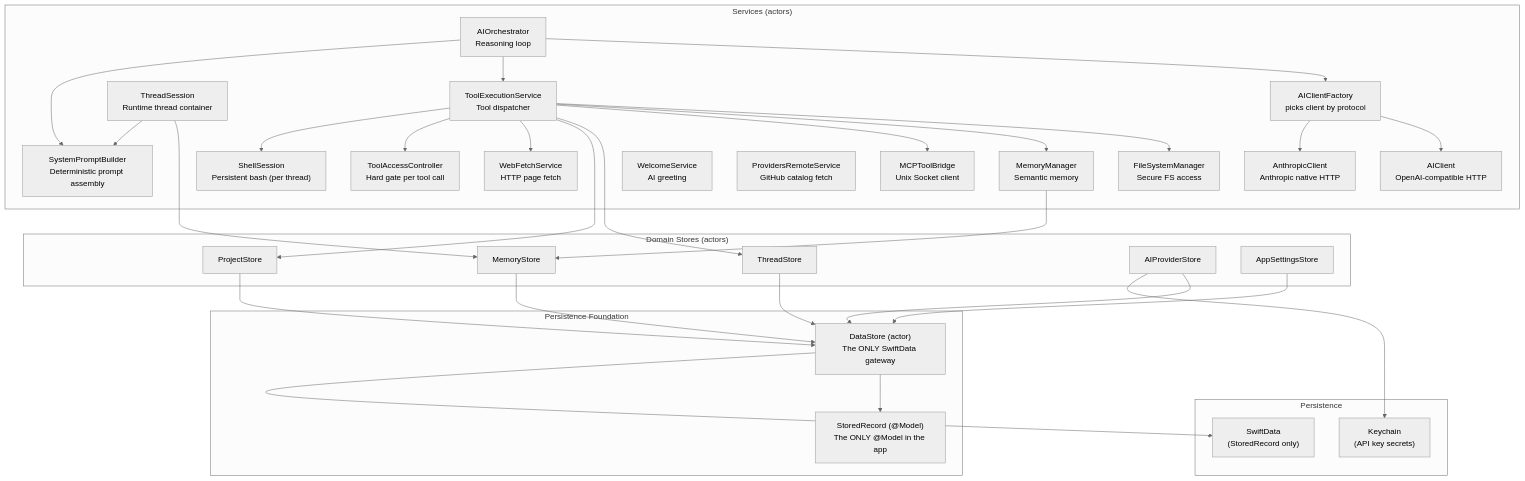
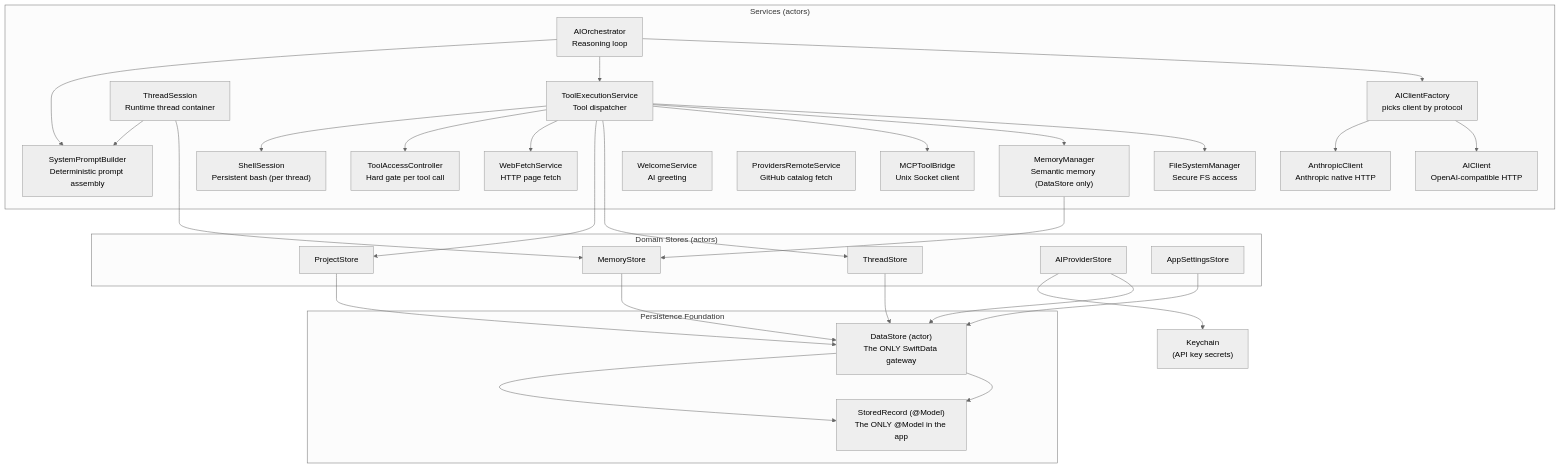
Before and after one commit to iOSIvanovS/chappieai: the diagram in ChappieCore/architecture.md, drawn with Mermaid (neutral theme). The commit also changed other lines of this file and 6 other files, not shown here.

Commit message:
T-06: actualize all architecture files

````diff
--- a/ChappieCore/architecture.md
+++ b/ChappieCore/architecture.md
@@ -146,65 +149,60 @@
 ```mermaid
 graph TD
     subgraph Foundation["Persistence Foundation"]
         DS["DataStore (actor)\nThe ONLY SwiftData gateway"]
         SR["StoredRecord (@Model)\nThe ONLY @Model in the app"]
         DS --> SR
     end
 
     subgraph Stores["Domain Stores (actors)"]
         TS["ThreadStore"]
         PS["ProjectStore"]
         MS["MemoryStore"]
         APS["AIProviderStore"]
         ASS["AppSettingsStore"]
     end
 
     TS --> DS
     PS --> DS
     MS --> DS
     APS --> DS
     ASS --> DS
 
     subgraph Services["Services (actors)"]
         Orch["AIOrchestrator\nReasoning loop"]
         TES["ToolExecutionService\nTool dispatcher"]
         SPB["SystemPromptBuilder\nDeterministic prompt assembly"]
         TAC["ToolAccessController\nHard gate per tool call"]
         TSess["ThreadSession\nRuntime thread container"]
-        MemM["MemoryManager\nSemantic memory"]
+        MemM["MemoryManager\nSemantic memory (DataStore only)"]
         FSM["FileSystemManager\nSecure FS access"]
         SSH["ShellSession\nPersistent bash (per thread)"]
         MCP["MCPToolBridge\nUnix Socket client"]
         WFS["WebFetchService\nHTTP page fetch"]
         WS["WelcomeService\nAI greeting"]
         PRS["ProvidersRemoteService\nGitHub catalog fetch"]
         AICF["AIClientFactory\npicks client by protocol"]
         AIC["AIClient\nOpenAI-compatible HTTP"]
         AnthC["AnthropicClient\nAnthropic native HTTP"]
     end
 
-    subgraph Storage["Persistence"]
-        SD["SwiftData\n(StoredRecord only)"]
-        KC["Keychain\n(API key secrets)"]
-    end
-
-    DS --> SD
-    APS --> KC
+    DS --> SR
+    APS --> KC["Keychain\n(API key secrets)"]
 
     Orch --> AICF
     AICF --> AIC
     AICF --> AnthC
     Orch --> TES
     Orch --> SPB
     TES --> FSM
     TES --> MemM
     TES --> MCP
     TES --> TS
     TES --> PS
     TES --> WFS
     TES --> TAC
     TES --> SSH
     TSess --> MS
     TSess --> SPB
     MemM --> MS
 ```
````
